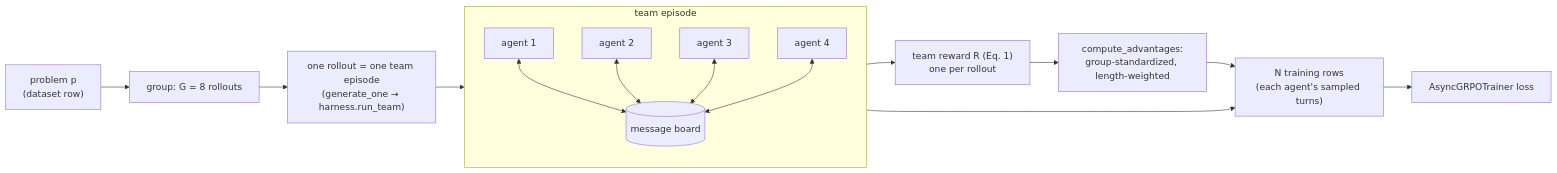
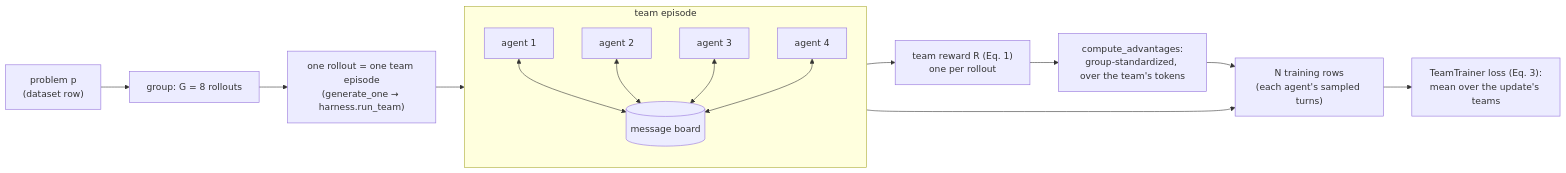
The diagram in examples/async_grpo_s3_aggregation/README.md (huggingface/trl), drawn with Mermaid before and after one commit.

Commit message:
diagram: exact loss

````diff
--- a/examples/async_grpo_s3_aggregation/README.md
+++ b/examples/async_grpo_s3_aggregation/README.md
@@ -28,17 +28,17 @@
 ```mermaid
 flowchart LR
     P["problem p<br/>(dataset row)"] --> G["group: G = 8 rollouts"]
     G --> R["one rollout = one team episode<br/>(generate_one → harness.run_team)"]
     subgraph R2 [team episode]
         A1[agent 1] <--> B[(message board)]
         A2[agent 2] <--> B
         A3[agent 3] <--> B
         A4[agent 4] <--> B
     end
     R --> R2
     R2 --> W["team reward R (Eq. 1)<br/>one per rollout"]
     R2 --> T["N training rows<br/>(each agent's sampled turns)"]
-    W --> AD["compute_advantages:<br/>group-standardized, length-weighted"]
+    W --> AD["compute_advantages:<br/>group-standardized, over the team's tokens"]
     AD --> T
-    T --> L[AsyncGRPOTrainer loss]
+    T --> L["TeamTrainer loss (Eq. 3):<br/>mean over the update's teams"]
 ```
````
